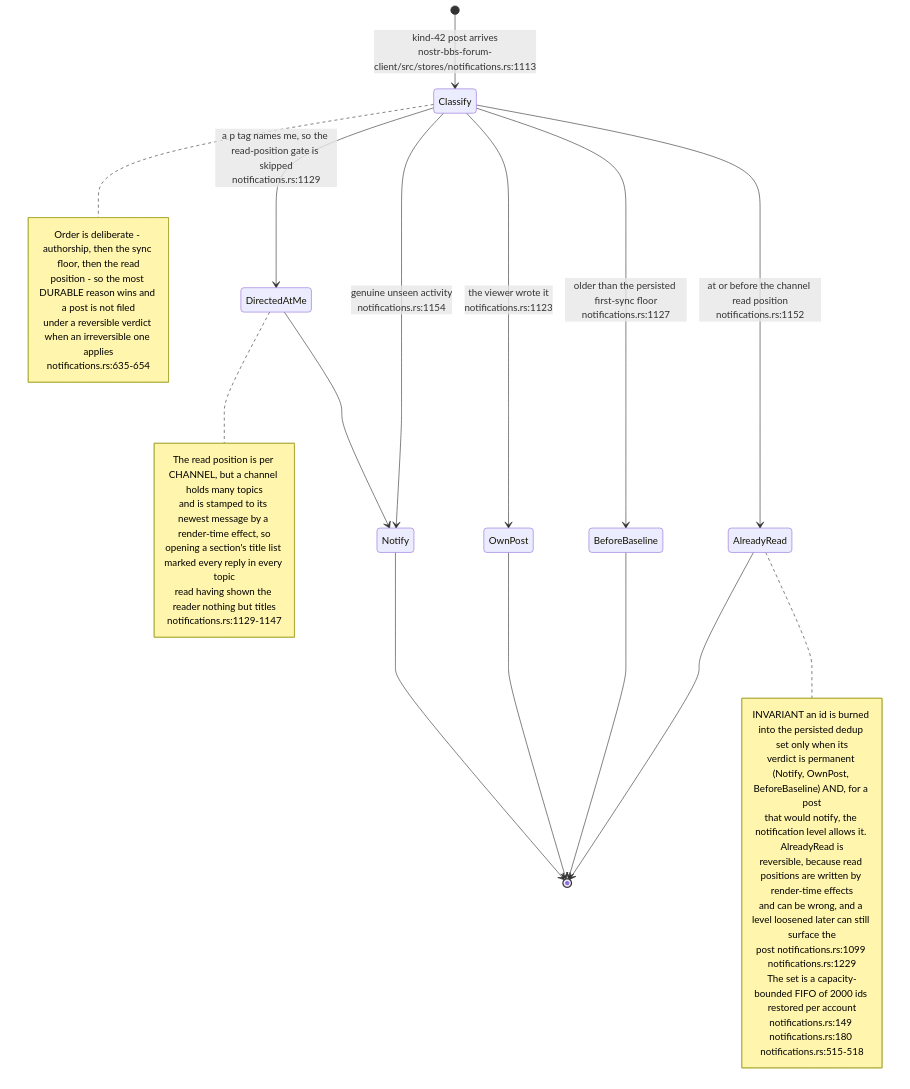
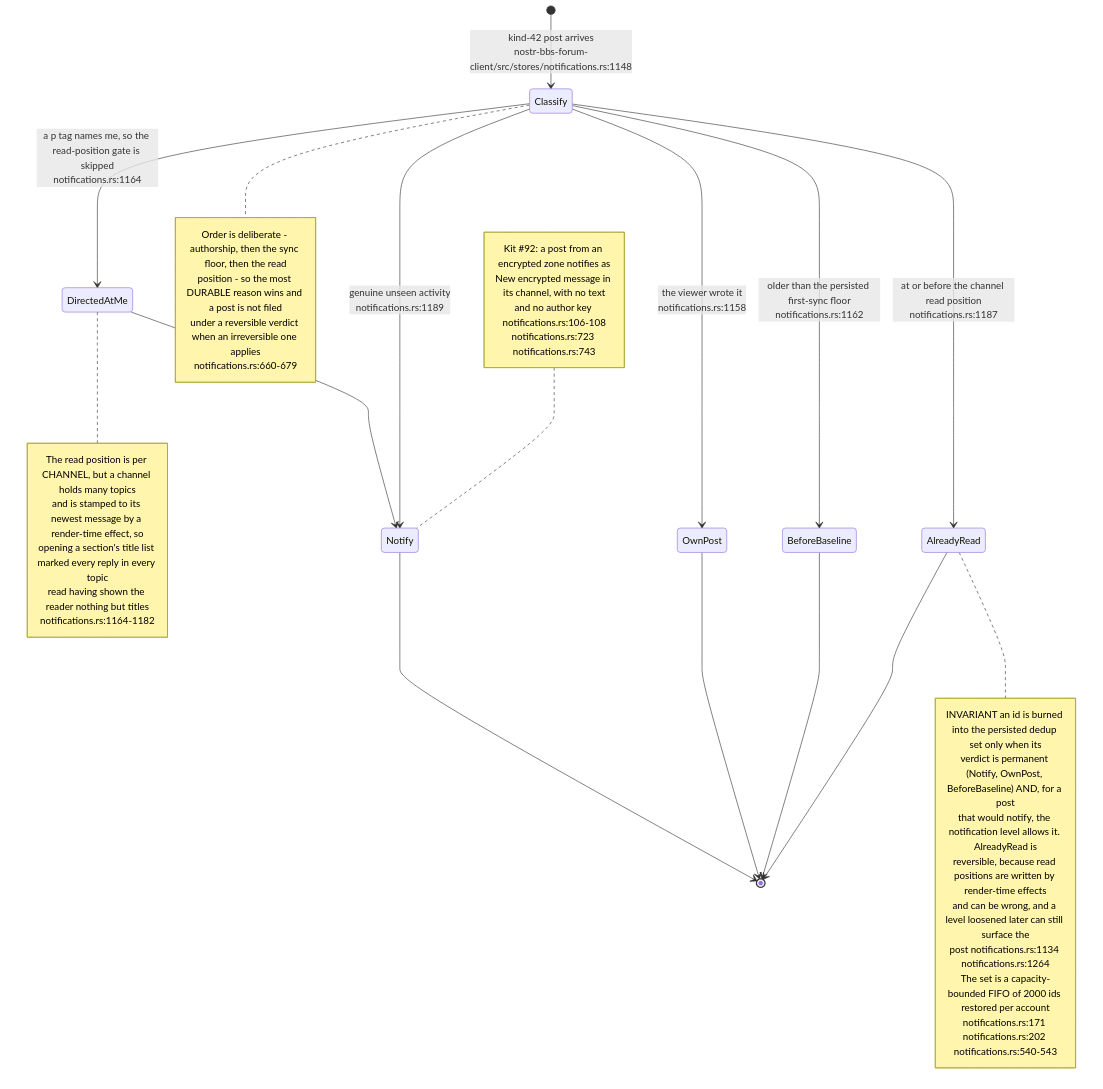
Before and after one commit to DreamLab-AI/VisionFlow: diagram 13 of 20 in docs/diagrams/nostr-rust-forum/05-leptos-clients-onboarding-messaging-governance.md, drawn with Mermaid. The commit also changed other lines of this file, not shown here.

First line of the commit message:
docs(diagrams): re-verify NF-05 at nostr-rust-forum af4f0d5

````diff
--- a/docs/diagrams/nostr-rust-forum/05-leptos-clients-onboarding-messaging-governance.md
+++ b/docs/diagrams/nostr-rust-forum/05-leptos-clients-onboarding-messaging-governance.md
@@ -425,38 +438,44 @@
 ```mermaid
 stateDiagram-v2
-    [*] --> Classify: kind-42 post arrives<br/>nostr-bbs-forum-client/src/stores/notifications.rs:1113
-    Classify --> OwnPost: the viewer wrote it<br/>notifications.rs:1123
-    Classify --> BeforeBaseline: older than the persisted first-sync floor<br/>notifications.rs:1127
-    Classify --> DirectedAtMe: a p tag names me, so the read-position gate is skipped<br/>notifications.rs:1129
-    Classify --> AlreadyRead: at or before the channel read position<br/>notifications.rs:1152
+    [*] --> Classify: kind-42 post arrives<br/>nostr-bbs-forum-client/src/stores/notifications.rs:1148
+    Classify --> OwnPost: the viewer wrote it<br/>notifications.rs:1158
+    Classify --> BeforeBaseline: older than the persisted first-sync floor<br/>notifications.rs:1162
+    Classify --> DirectedAtMe: a p tag names me, so the read-position gate is skipped<br/>notifications.rs:1164
+    Classify --> AlreadyRead: at or before the channel read position<br/>notifications.rs:1187
     DirectedAtMe --> Notify
-    Classify --> Notify: genuine unseen activity<br/>notifications.rs:1154
+    Classify --> Notify: genuine unseen activity<br/>notifications.rs:1189
     Notify --> [*]
     OwnPost --> [*]
     BeforeBaseline --> [*]
     AlreadyRead --> [*]
 
     note right of AlreadyRead
         INVARIANT an id is burned into the persisted dedup set only when its
         verdict is permanent (Notify, OwnPost, BeforeBaseline) AND, for a post
         that would notify, the notification level allows it. AlreadyRead is
         reversible, because read positions are written by render-time effects
         and can be wrong, and a level loosened later can still surface the
-        post notifications.rs:1099 notifications.rs:1229
+        post notifications.rs:1134 notifications.rs:1264
         The set is a capacity-bounded FIFO of 2000 ids restored per account
-        notifications.rs:149 notifications.rs:180 notifications.rs:515-518
+        notifications.rs:171 notifications.rs:202 notifications.rs:540-543
     end note
     note right of DirectedAtMe
         The read position is per CHANNEL, but a channel holds many topics
         and is stamped to its newest message by a render-time effect, so
         opening a section's title list marked every reply in every topic
         read having shown the reader nothing but titles
-        notifications.rs:1129-1147
+        notifications.rs:1164-1182
+    end note
+    note left of Notify
+        Kit #92: a post from an encrypted zone notifies as
+        New encrypted message in its channel, with no text
+        and no author key notifications.rs:106-108
+        notifications.rs:723 notifications.rs:743
     end note
     note right of Classify
         Order is deliberate - authorship, then the sync floor, then the read
         position - so the most DURABLE reason wins and a post is not filed
         under a reversible verdict when an irreversible one applies
-        notifications.rs:635-654
+        notifications.rs:660-679
     end note
 ```
````
